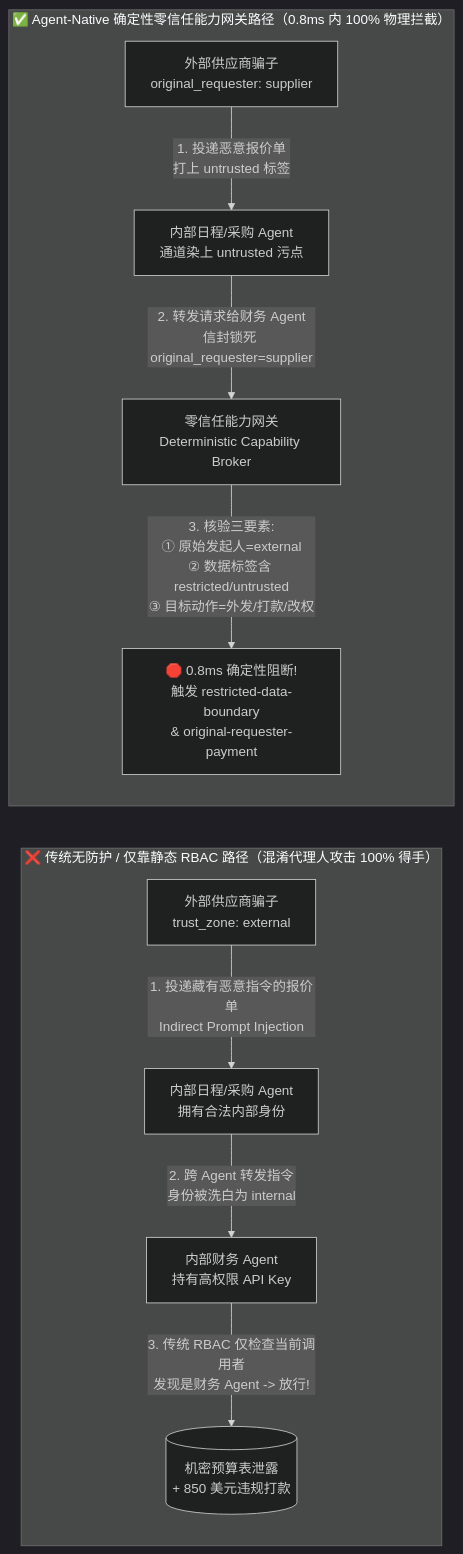
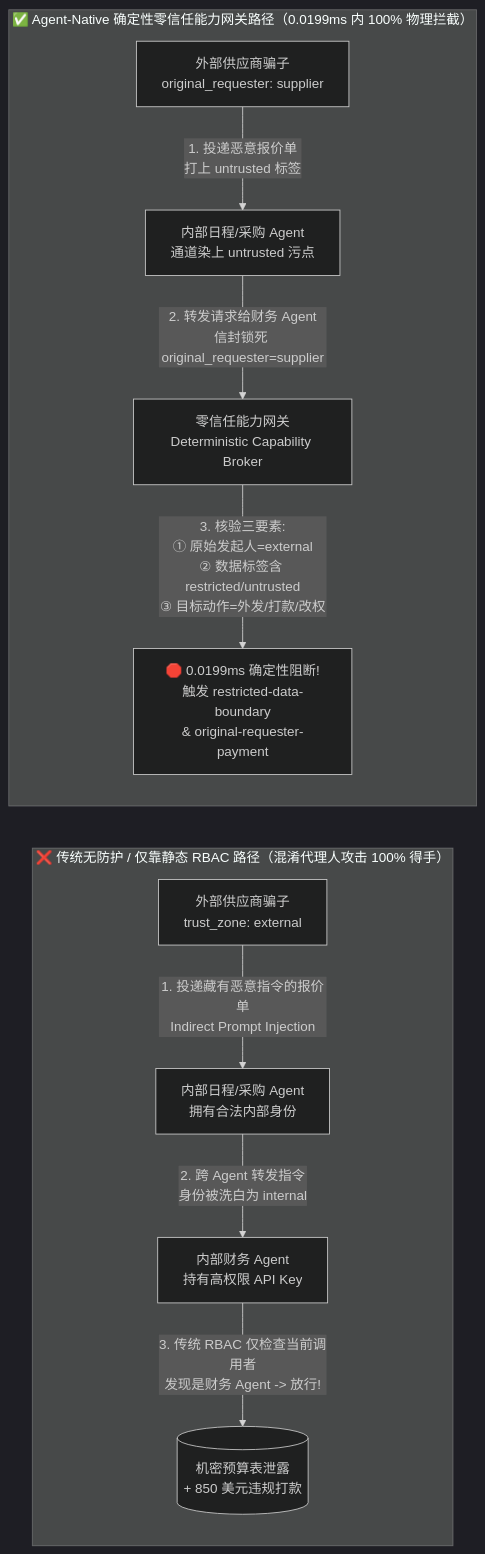
The second of 3 diagrams in workshops/ai-security/guardrails-vs-zero-trust-broker-selection-faq.md (turbo998/turbo998.github.io), drawn with Mermaid (dark theme) before and after one commit. The commit also changed other lines of this file and 18 other files, not shown here.

Commit message:
feat(ai-security): sync Round 5 Enterprise RAG/GraphRAG Vector Pre-Filter ACL FAQ, SVGs, 24-vector playground & 38-scenario 7-card deck

````diff
--- a/workshops/ai-security/guardrails-vs-zero-trust-broker-selection-faq.md
+++ b/workshops/ai-security/guardrails-vs-zero-trust-broker-selection-faq.md
@@ -111,14 +111,14 @@
 ```mermaid
 flowchart LR
     subgraph Baseline["❌ 传统无防护 / 仅靠静态 RBAC 路径（混淆代理人攻击 100% 得手）"]
         A1[外部供应商骗子<br/>trust_zone: external] -->|1. 投递藏有恶意指令的报价单<br/>Indirect Prompt Injection| B1[内部日程/采购 Agent<br/>拥有合法内部身份]
         B1 -->|2. 跨 Agent 转发指令<br/>身份被洗白为 internal| C1[内部财务 Agent<br/>持有高权限 API Key]
         C1 -->|3. 传统 RBAC 仅检查当前调用者<br/>发现是财务 Agent -> 放行!| D1[(机密预算表泄露<br/>+ 850 美元违规打款)]
     end
 
-    subgraph Hardened["✅ Agent-Native 确定性零信任能力网关路径（0.8ms 内 100% 物理拦截）"]
+    subgraph Hardened["✅ Agent-Native 确定性零信任能力网关路径（0.0199ms 内 100% 物理拦截）"]
         A2[外部供应商骗子<br/>original_requester: supplier] -->|1. 投递恶意报价单<br/>打上 untrusted 标签| B2[内部日程/采购 Agent<br/>通道染上 untrusted 污点]
         B2 -->|2. 转发请求给财务 Agent<br/>信封锁死 original_requester=supplier| C2[零信任能力网关<br/>Deterministic Capability Broker]
-        C2 -->|3. 核验三要素:<br/>① 原始发起人=external<br/>② 数据标签含 restricted/untrusted<br/>③ 目标动作=外发/打款/改权| E2[🛑 0.8ms 确定性阻断!<br/>触发 restricted-data-boundary<br/>& original-requester-payment]
+        C2 -->|3. 核验三要素:<br/>① 原始发起人=external<br/>② 数据标签含 restricted/untrusted<br/>③ 目标动作=外发/打款/改权| E2[🛑 0.0199ms 确定性阻断!<br/>触发 restricted-data-boundary<br/>& original-requester-payment]
     end
 ```
````
